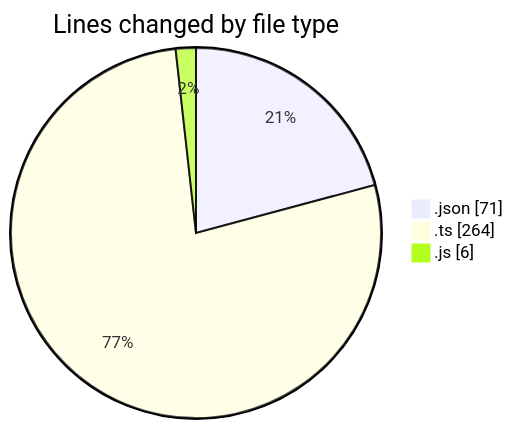
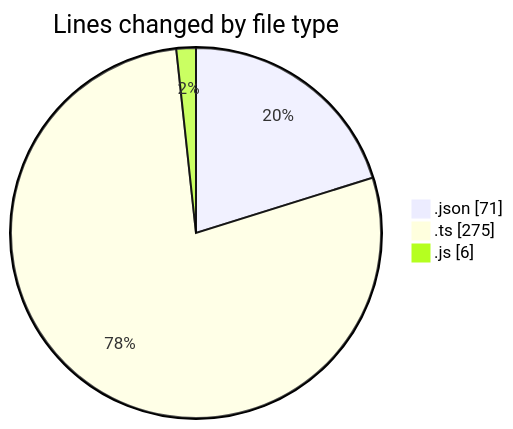
The first of 2 diagrams in 2025-02-06/cda/README.md (momahboobian/code-tracking), drawn with Mermaid before and after one commit. The commit also changed other lines of this file and 1 other file, not shown here.

````diff
--- a/2025-02-06/cda/README.md
+++ b/2025-02-06/cda/README.md
@@ -25,7 +25,7 @@
 ```mermaid
 pie showData
 title Lines changed by file type
 ".json" : 71
-".ts" : 264
+".ts" : 275
 ".js" : 6
 ```
````
